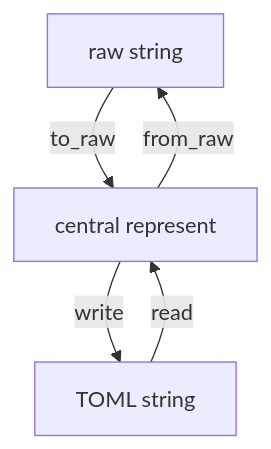
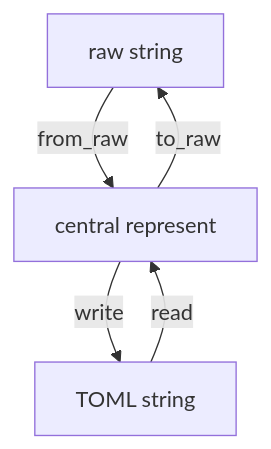
The diagram in README.md (existedinnettw/esc-configdata-gen), drawn with Mermaid before and after one commit. The commit also changed other lines of this file and 11 other files, not shown here.

````diff
--- a/README.md
+++ b/README.md
@@ -63,7 +63,7 @@
 ```mermaid
 flowchart TD
-    A[raw string] --> |to_raw| B[central represent]
-    B --> |from_raw| A
+    A[raw string] --> |from_raw| B[central represent]
+    B --> |to_raw| A
     B --> |write| C[TOML string]
     C --> |read| B
 ```
````
